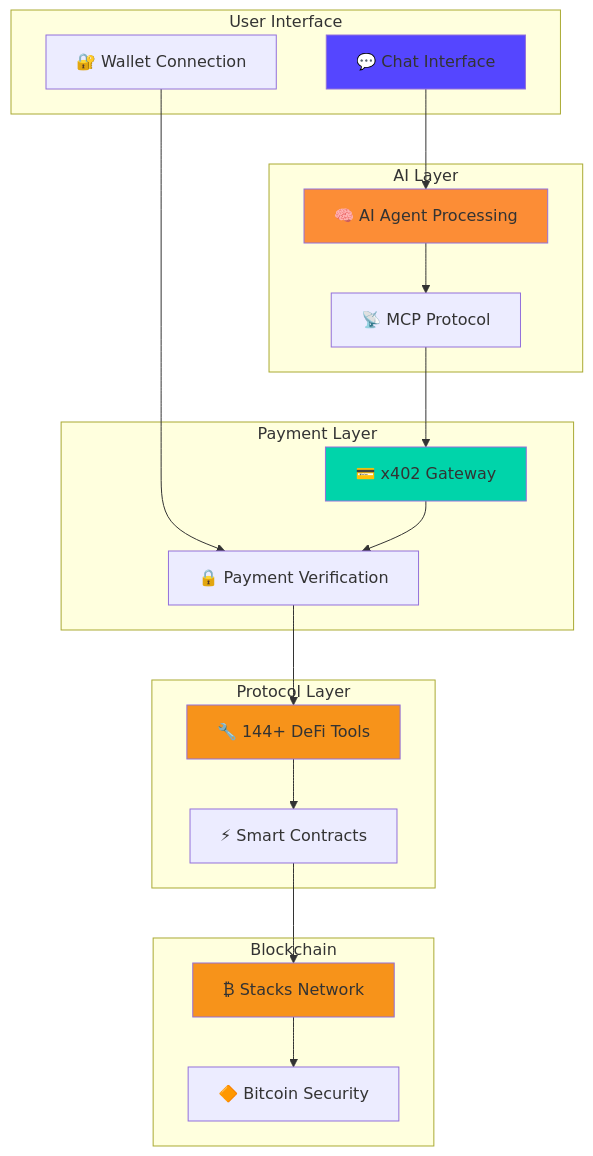
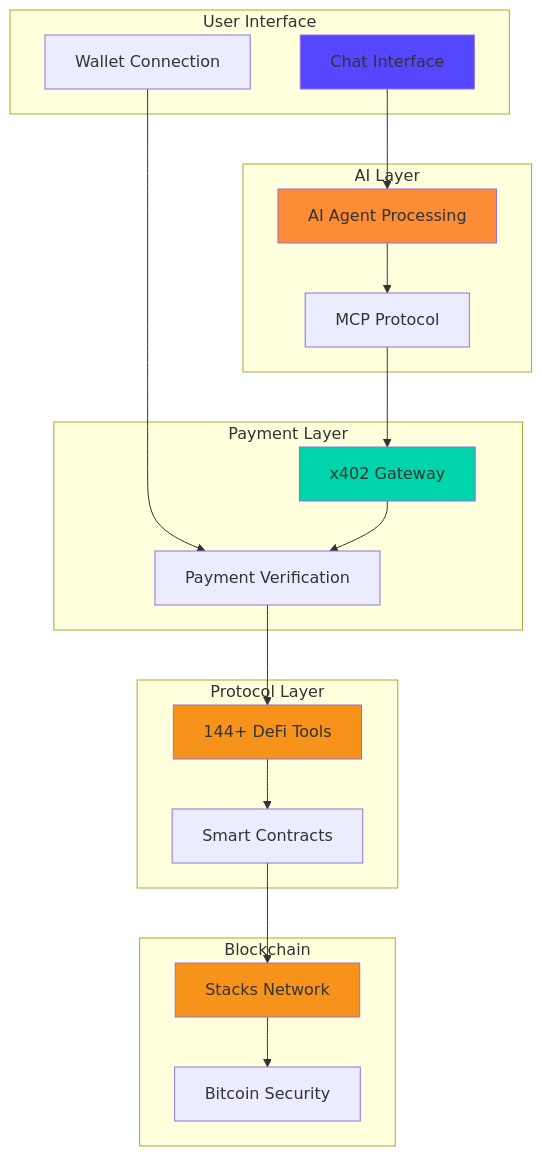
One commit to BitRail/.github changed the diagram in profile/README.md. Above: the diagram before and after it, drawn with Mermaid. The commit also changed other lines of this file, not shown here.

````diff
--- a/profile/README.md
+++ b/profile/README.md
@@ -47,43 +47,43 @@
 ```mermaid
 graph TB
     subgraph "User Interface"
-        A[💬 Chat Interface]
-        B[🔐 Wallet Connection]
+        A[Chat Interface]
+        B[Wallet Connection]
     end
 
     subgraph "AI Layer"
-        C[🧠 AI Agent Processing]
-        D[📡 MCP Protocol]
+        C[AI Agent Processing]
+        D[MCP Protocol]
     end
 
     subgraph "Payment Layer"
-        E[💳 x402 Gateway]
-        F[🔒 Payment Verification]
+        E[x402 Gateway]
+        F[Payment Verification]
     end
 
     subgraph "Protocol Layer"
-        G[🔧 144+ DeFi Tools]
-        H[⚡ Smart Contracts]
+        G[144+ DeFi Tools]
+        H[Smart Contracts]
     end
 
     subgraph "Blockchain"
-        I[₿ Stacks Network]
-        J[🔶 Bitcoin Security]
+        I[Stacks Network]
+        J[Bitcoin Security]
     end
 
     A --> C
     B --> F
     C --> D
     D --> E
     E --> F
     F --> G
     G --> H
     H --> I
     I --> J
 
     style A fill:#5546ff
     style C fill:#fc8d36
     style E fill:#00d4aa
     style G fill:#f7931a
     style I fill:#f7931a
 ```
````
